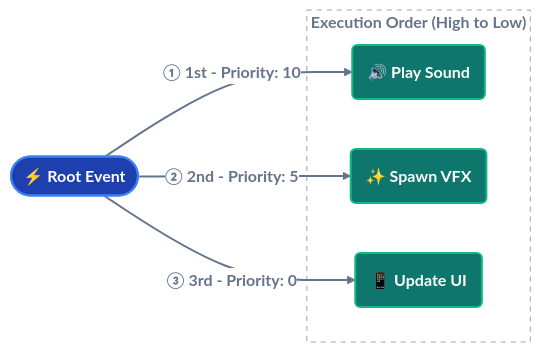
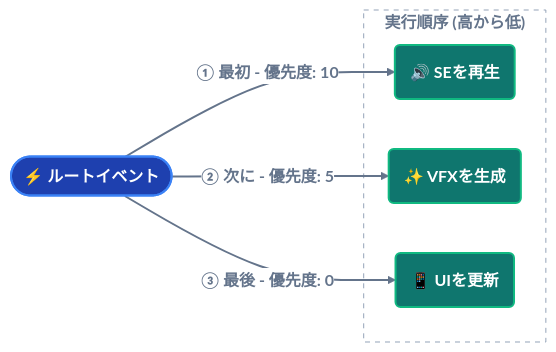
The third of 6 diagrams in i18n/ja/docusaurus-plugin-content-docs/current/game-event-system/flow-graph/game-event-node-behavior.md (tinygiants-tech/TinyGiants), drawn with Mermaid (neutral theme) before and after one commit. The commit also changed other lines of this file and 81 other files, not shown here.

````diff
--- a/i18n/ja/docusaurus-plugin-content-docs/current/game-event-system/flow-graph/game-event-node-behavior.md
+++ b/i18n/ja/docusaurus-plugin-content-docs/current/game-event-system/flow-graph/game-event-node-behavior.md
@@ -314,22 +305,22 @@
 ```mermaid
 graph LR
 
-    ROOT(["⚡ Root Event"]):::root
+    ROOT(["⚡ ルートイベント"]):::root
 
-    ROOT ==>|① 1st - Priority: 10| A1("🔊 Play Sound"):::action
-    ROOT ==>|② 2nd - Priority: 5 | A2("✨ Spawn VFX"):::action
-    ROOT ==>|③ 3rd - Priority: 0 | A3("📱 Update UI"):::action
+    ROOT ==>|① 最初 - 優先度: 10| A1("🔊 SEを再生"):::action
+    ROOT ==>|② 次に - 優先度: 5 | A2("✨ VFXを生成"):::action
+    ROOT ==>|③ 最後 - 優先度: 0 | A3("📱 UIを更新"):::action
 
-    subgraph Queue ["Execution Order (High to Low)"]
+    subgraph Queue ["実行順序 (高から低)"]
     A1
     A2
     A3
     end
 
     classDef root fill:#1e40af,stroke:#3b82f6,stroke-width:2px,color:#ffffff,font-weight:bold
     classDef action fill:#0f766e,stroke:#10b981,stroke-width:2px,color:#ffffff
 
     style Queue fill:none,stroke:#94a3b8,stroke-dasharray: 5 5,color:#64748b
 
     linkStyle default stroke:#64748b,stroke-width:2px,color:#64748b,font-weight:bold
 ```
````
